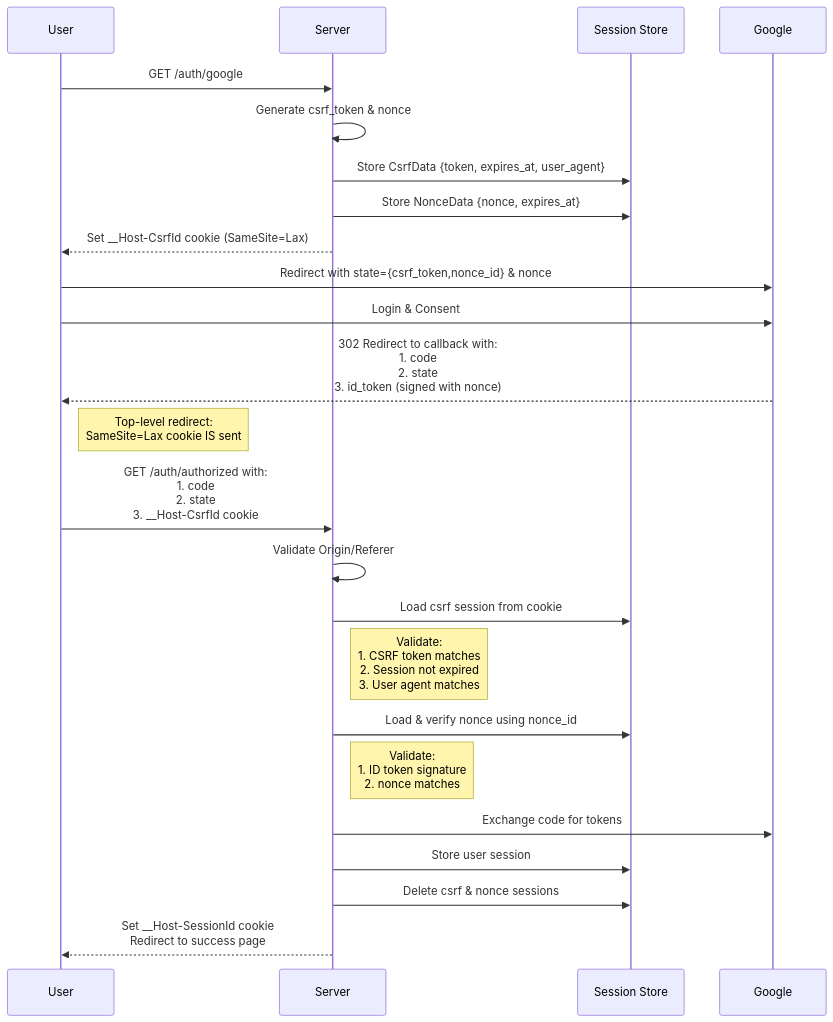
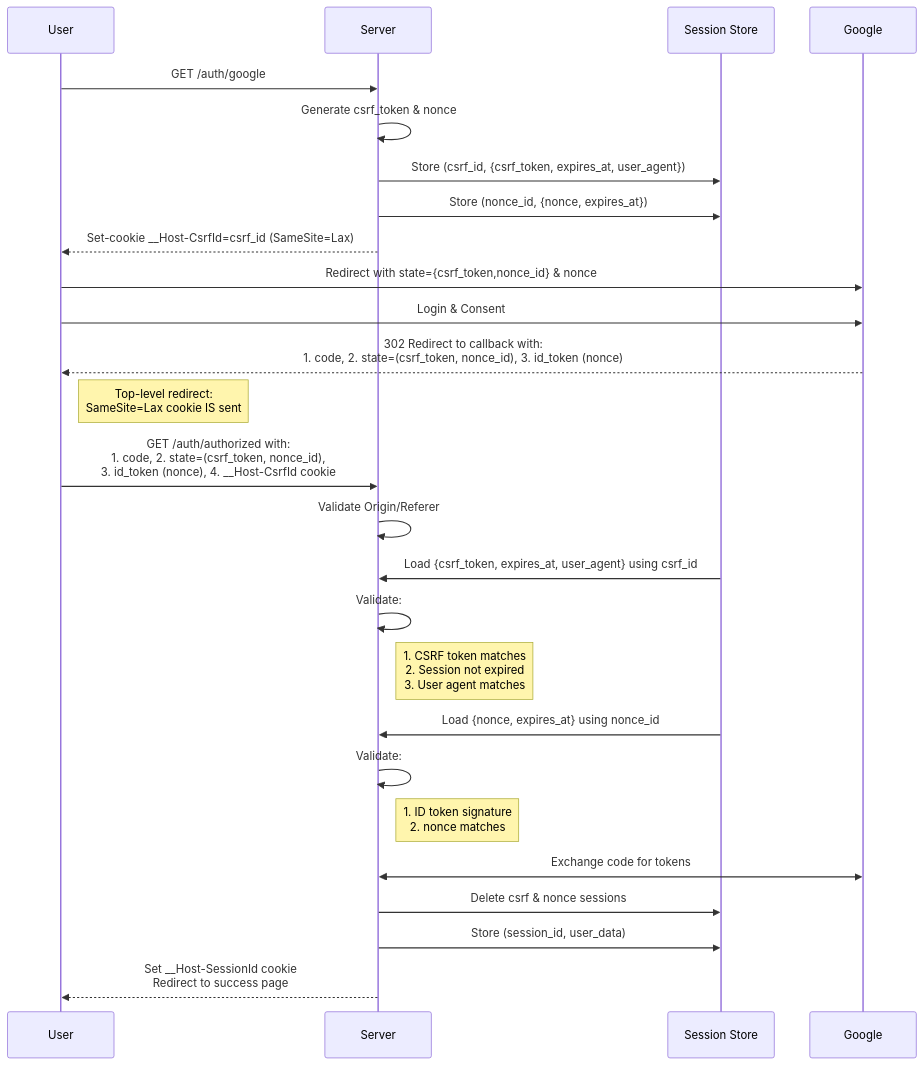
One commit to ktaka-ccmp/axum-google-oauth2 changed the second of 3 diagrams in Readme.md. Above: the diagram before and after it, drawn with Mermaid. The commit also changed other lines of this file, not shown here.

````diff
--- a/Readme.md
+++ b/Readme.md
@@ -180,29 +192,31 @@
 ```mermaid
 sequenceDiagram
     participant User
     participant Server
     participant Session Store
     participant Google
 
     User->>Server: GET /auth/google
     Server->>Server: Generate csrf_token & nonce
-    Server->>Session Store: Store CsrfData {token, expires_at, user_agent}
-    Server->>Session Store: Store NonceData {nonce, expires_at}
-    Server-->>User: Set __Host-CsrfId cookie (SameSite=Lax)
+    Server->>Session Store: Store (csrf_id, {csrf_token, expires_at, user_agent})
+    Server->>Session Store: Store (nonce_id, {nonce, expires_at})
+    Server-->>User: Set-cookie __Host-CsrfId=csrf_id  (SameSite=Lax)
     User->>Google: Redirect with state={csrf_token,nonce_id} & nonce
     
     User->>Google: Login & Consent
-    Google-->>User: 302 Redirect to callback with:<br/>1. code<br/>2. state<br/>3. id_token (signed with nonce)
+    Google-->>User: 302 Redirect to callback with:<br/>1. code, 2. state=(csrf_token, nonce_id), 3. id_token (nonce)
     Note right of User: Top-level redirect:<br/>SameSite=Lax cookie IS sent
     
-    User->>Server: GET /auth/authorized with:<br/>1. code<br/>2. state<br/>3. __Host-CsrfId cookie
+    User->>Server: GET /auth/authorized with: <br/>1. code, 2. state=(csrf_token, nonce_id),<br/>3. id_token (nonce), 4. __Host-CsrfId cookie
     Server->>Server: Validate Origin/Referer
-    Server->>Session Store: Load csrf session from cookie
-    Note right of Server: Validate:<br/>1. CSRF token matches<br/>2. Session not expired<br/>3. User agent matches
-    Server->>Session Store: Load & verify nonce using nonce_id
-    Note right of Server: Validate:<br/>1. ID token signature<br/>2. nonce matches
-    Server->>Google: Exchange code for tokens
-    Server->>Session Store: Store user session
+    Session Store->>Server: Load {csrf_token, expires_at, user_agent} using csrf_id
+    Server->>Server: Validate:
+    Note right of Server: 1. CSRF token matches<br/>2. Session not expired<br/>3. User agent matches
+    Session Store->>Server: Load {nonce, expires_at} using nonce_id
+    Server->>Server: Validate:
+    Note right of Server: 1. ID token signature<br/>2. nonce matches
+    Server<<->>Google: Exchange code for tokens
     Server->>Session Store: Delete csrf & nonce sessions
+    Server->>Session Store: Store (session_id, user_data)
     Server-->>User: Set __Host-SessionId cookie<br/>Redirect to success page
 ```
````
